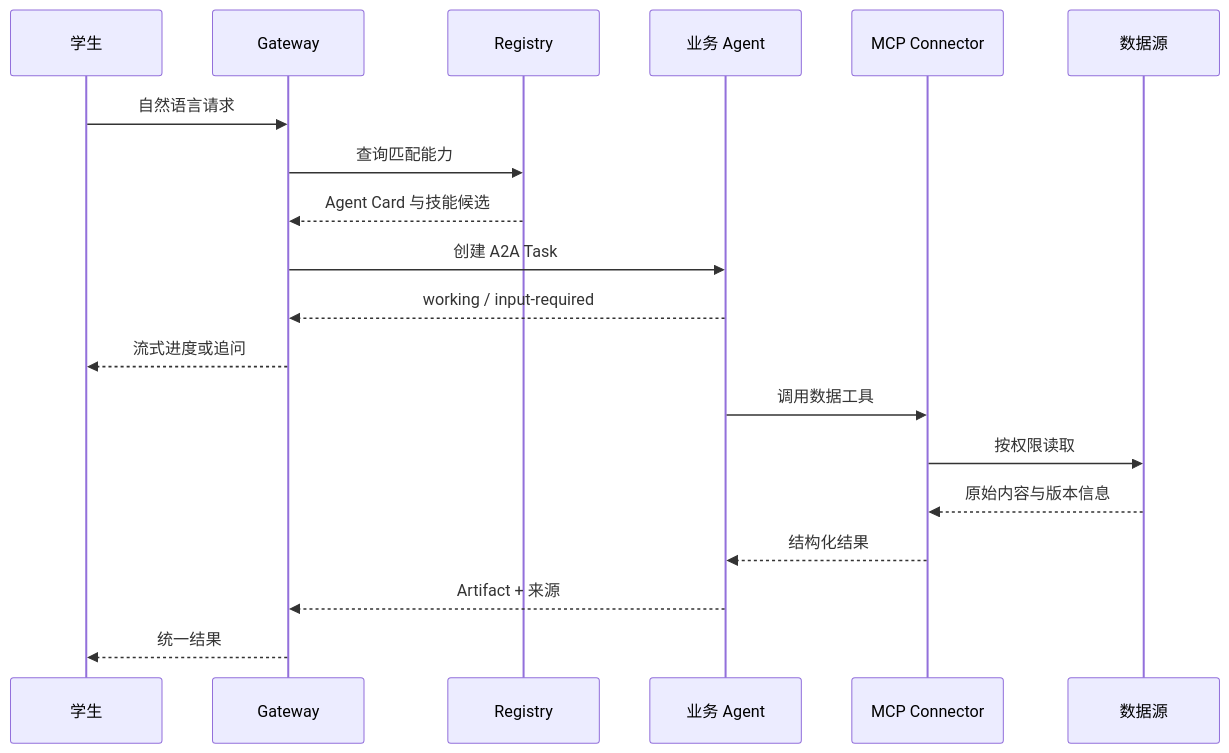
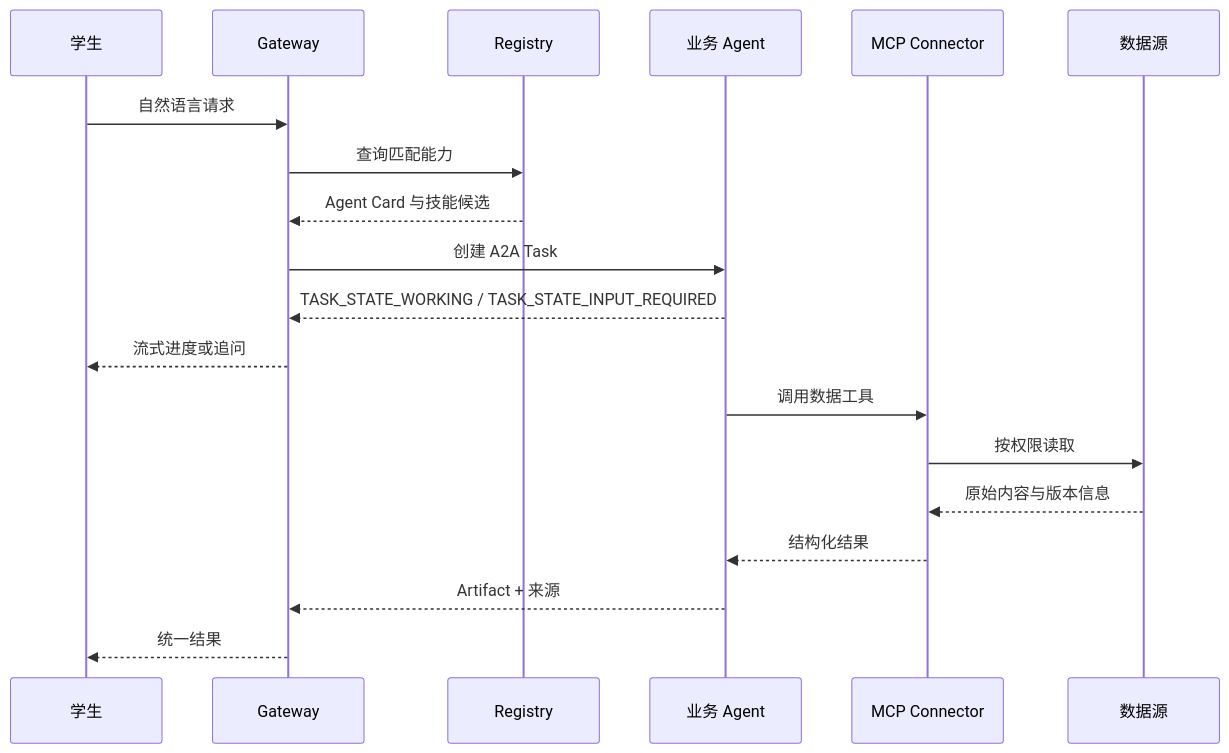
The second of 2 diagrams in docs/architecture/overview.md (xytsakura/ai-for-better-life-in-ustc), drawn with Mermaid before and after one commit. The commit also changed 2 other files, not shown here.

Commit message:
docs: close remaining contract gaps

````diff
--- a/docs/architecture/overview.md
+++ b/docs/architecture/overview.md
@@ -94,22 +94,22 @@
 ```mermaid
 sequenceDiagram
     participant U as 学生
     participant G as Gateway
     participant R as Registry
     participant A as 业务 Agent
     participant M as MCP Connector
     participant D as 数据源
 
     U->>G: 自然语言请求
     G->>R: 查询匹配能力
     R-->>G: Agent Card 与技能候选
     G->>A: 创建 A2A Task
-    A-->>G: working / input-required
+    A-->>G: TASK_STATE_WORKING / TASK_STATE_INPUT_REQUIRED
     G-->>U: 流式进度或追问
     A->>M: 调用数据工具
     M->>D: 按权限读取
     D-->>M: 原始内容与版本信息
     M-->>A: 结构化结果
     A-->>G: Artifact + 来源
     G-->>U: 统一结果
 ```
````
